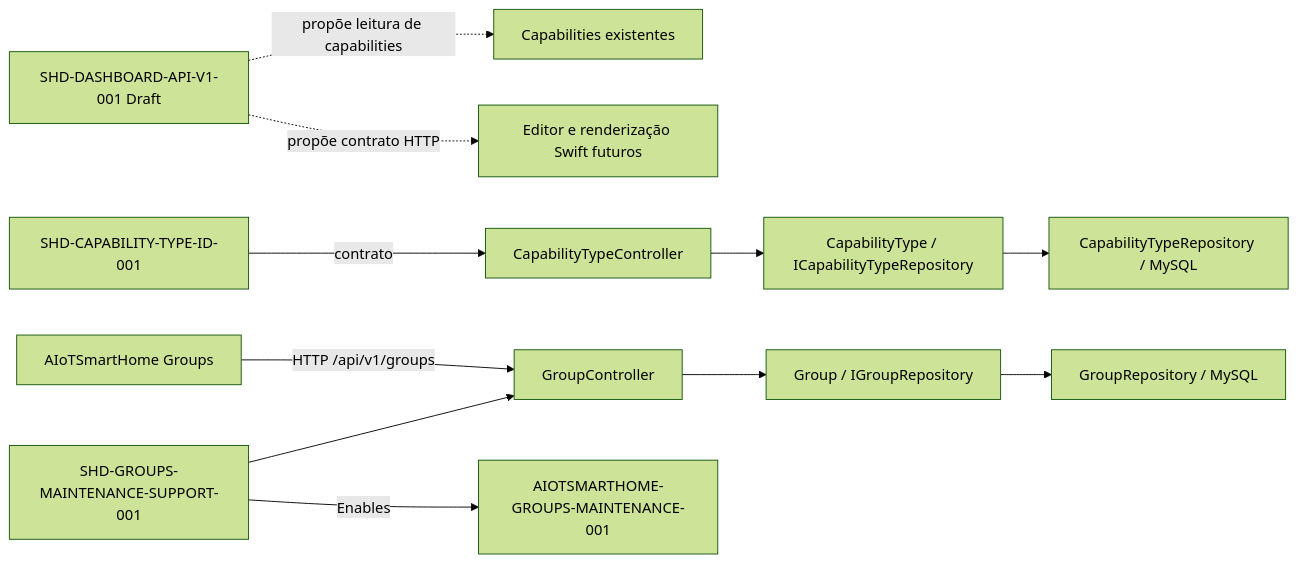
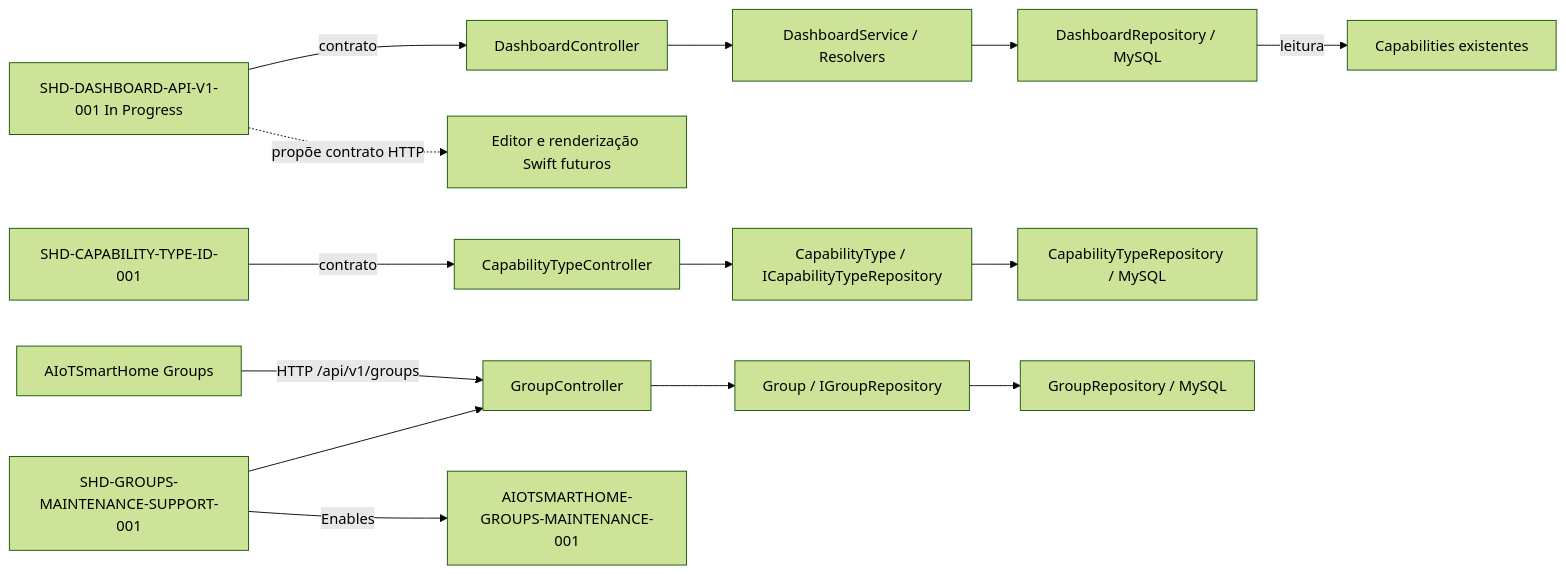
Before and after one commit to iotsmartsys/SmartHome-DeviceApi: the diagram in docs/rfc/KNOWLEDGE-MAP.md, drawn with Mermaid (forest theme). The commit also changed other lines of this file and 20 other files, not shown here.

Commit message:
feat: implement Dashboard API v1 revision 0.3

````diff
--- a/docs/rfc/KNOWLEDGE-MAP.md
+++ b/docs/rfc/KNOWLEDGE-MAP.md
@@ -68,13 +68,16 @@
 ```mermaid
 flowchart LR
-    DASHSPEC[SHD-DASHBOARD-API-V1-001 Draft] -.->|propõe leitura de capabilities| DASHCAP[Capabilities existentes]
+    DASHSPEC[SHD-DASHBOARD-API-V1-001 In Progress] -->|contrato| DASHAPI[DashboardController]
+    DASHAPI --> DASHCORE[DashboardService / Resolvers]
+    DASHCORE --> DASHDB[DashboardRepository / MySQL]
+    DASHDB -->|leitura| DASHCAP[Capabilities existentes]
     DASHSPEC -.->|propõe contrato HTTP| DASHAPP[Editor e renderização Swift futuros]
     CTSPEC[SHD-CAPABILITY-TYPE-ID-001] -->|contrato| CTAPI[CapabilityTypeController]
     CTAPI --> CTCORE[CapabilityType / ICapabilityTypeRepository]
     CTCORE --> CTDB[CapabilityTypeRepository / MySQL]
     APP[AIoTSmartHome Groups] -->|HTTP /api/v1/groups| API[GroupController]
     SPEC[SHD-GROUPS-MAINTENANCE-SUPPORT-001] --> API
     API --> CORE[Group / IGroupRepository]
     CORE --> DB[GroupRepository / MySQL]
     SPEC -->|Enables| APPSPEC[AIOTSMARTHOME-GROUPS-MAINTENANCE-001]
 ```
````
